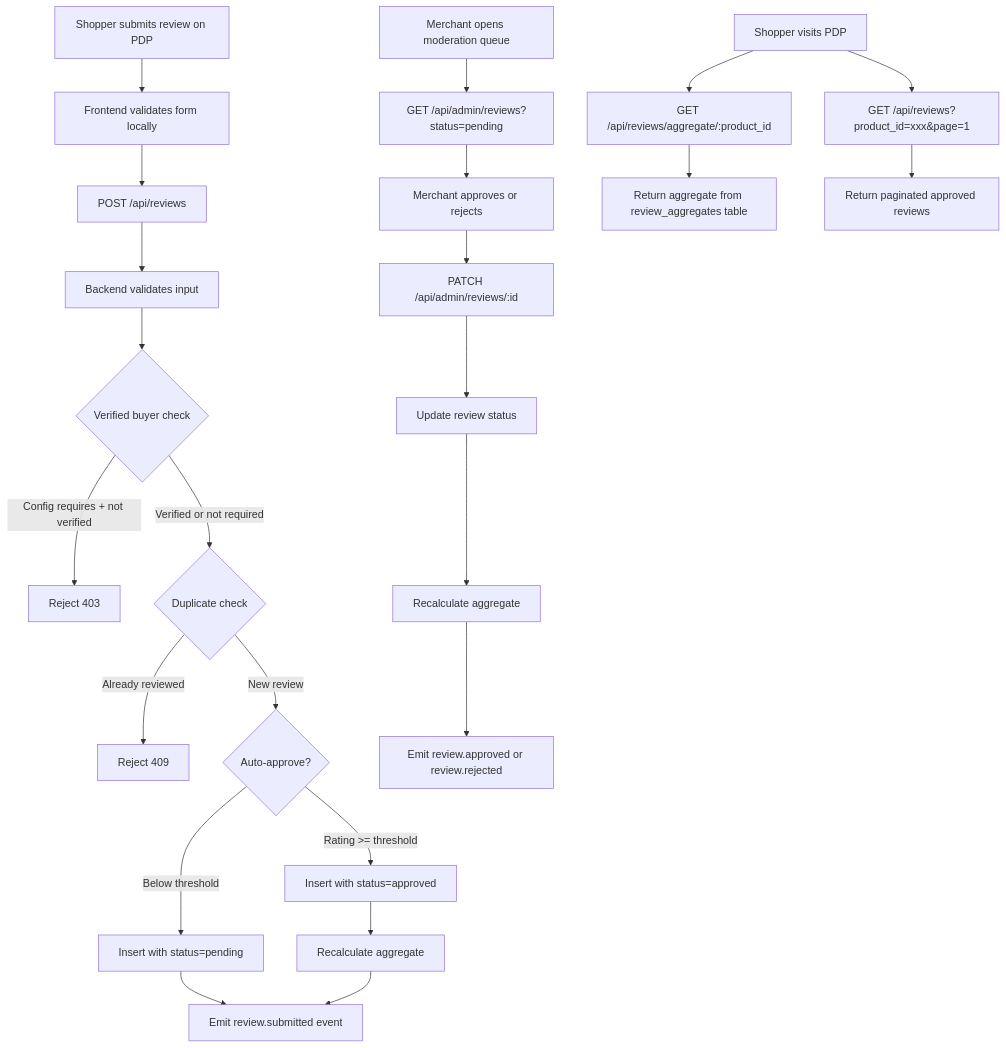
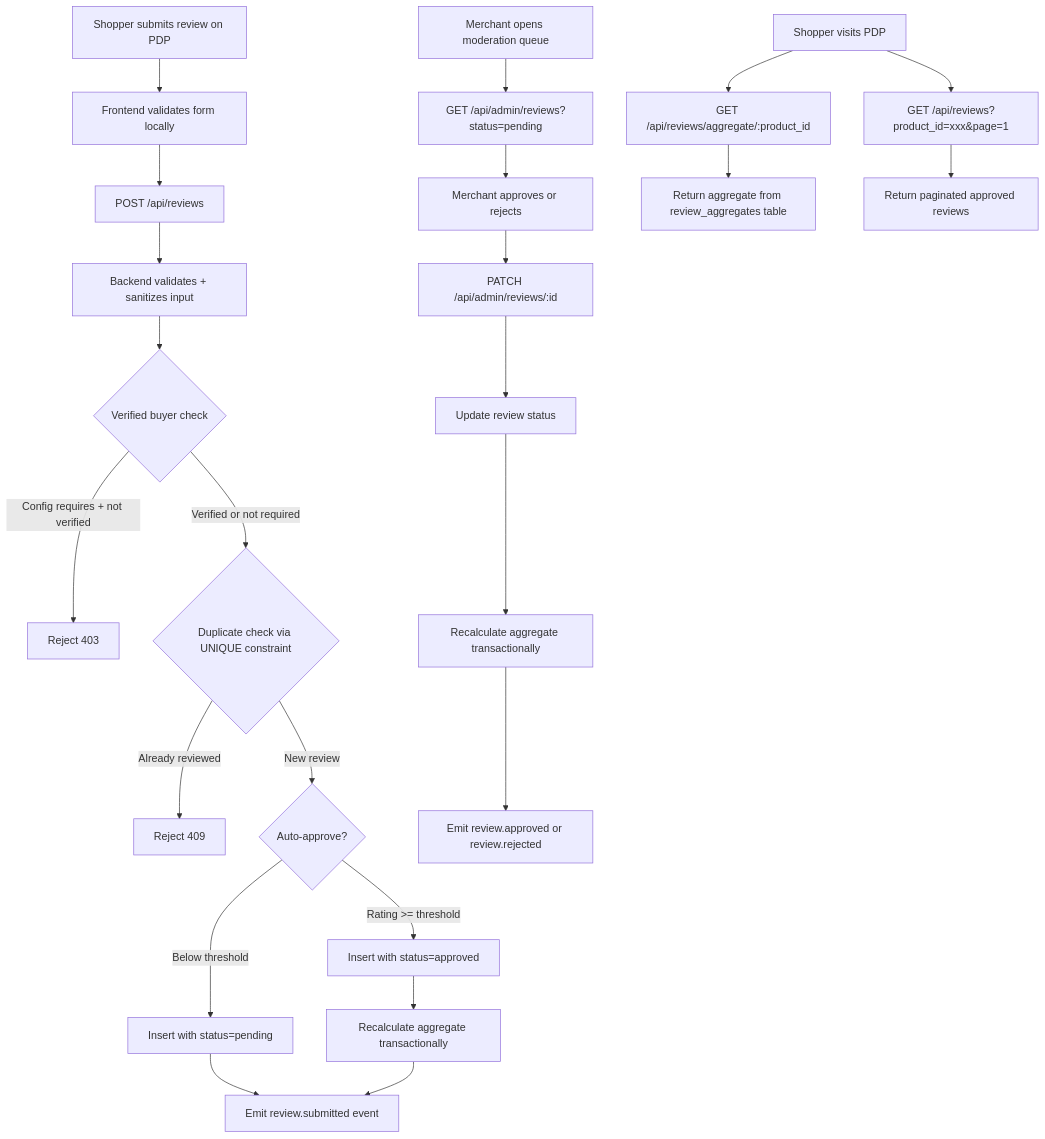
The second of 5 diagrams in ugc/product-reviews/README.md (nguyenvanduocit/primitive-blocks-specs), drawn with Mermaid before and after one commit. The commit also changed other lines of this file and 28 other files, not shown here.

````diff
--- a/ugc/product-reviews/README.md
+++ b/ugc/product-reviews/README.md
@@ -181,28 +210,28 @@
 ```mermaid
 flowchart TD
     A[Shopper submits review on PDP] --> B[Frontend validates form locally]
     B --> C[POST /api/reviews]
-    C --> D[Backend validates input]
+    C --> D[Backend validates + sanitizes input]
     D --> E{Verified buyer check}
     E -->|Config requires + not verified| F[Reject 403]
-    E -->|Verified or not required| G{Duplicate check}
+    E -->|Verified or not required| G{Duplicate check via UNIQUE constraint}
     G -->|Already reviewed| H[Reject 409]
     G -->|New review| I{Auto-approve?}
     I -->|Rating >= threshold| J[Insert with status=approved]
     I -->|Below threshold| K[Insert with status=pending]
-    J --> L[Recalculate aggregate]
+    J --> L[Recalculate aggregate transactionally]
     K --> M[Emit review.submitted event]
     L --> M
 
     N[Merchant opens moderation queue] --> O[GET /api/admin/reviews?status=pending]
     O --> P[Merchant approves or rejects]
     P --> Q[PATCH /api/admin/reviews/:id]
     Q --> R[Update review status]
-    R --> S[Recalculate aggregate]
+    R --> S[Recalculate aggregate transactionally]
     S --> T[Emit review.approved or review.rejected]
 
     U[Shopper visits PDP] --> V[GET /api/reviews/aggregate/:product_id]
     V --> W[Return aggregate from review_aggregates table]
     U --> X[GET /api/reviews?product_id=xxx&page=1]
     X --> Y[Return paginated approved reviews]
 ```
````
